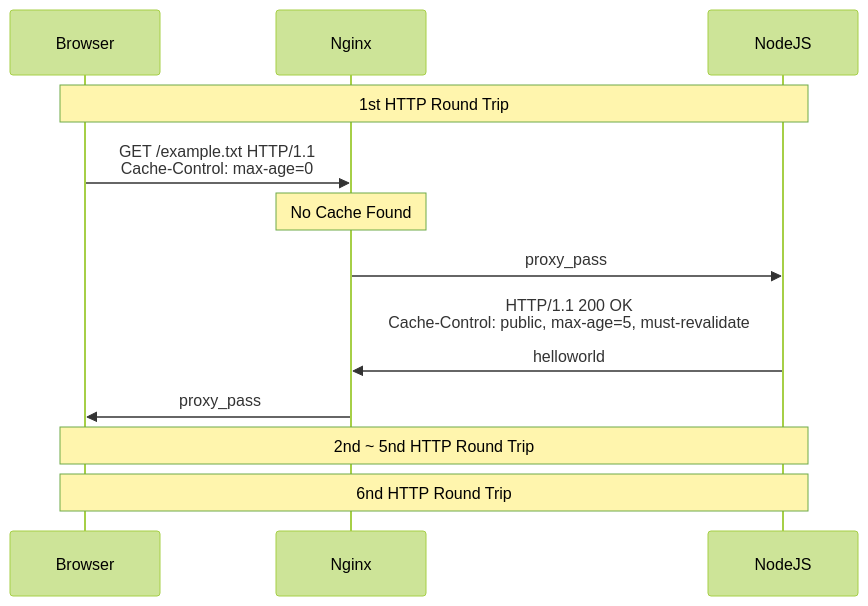
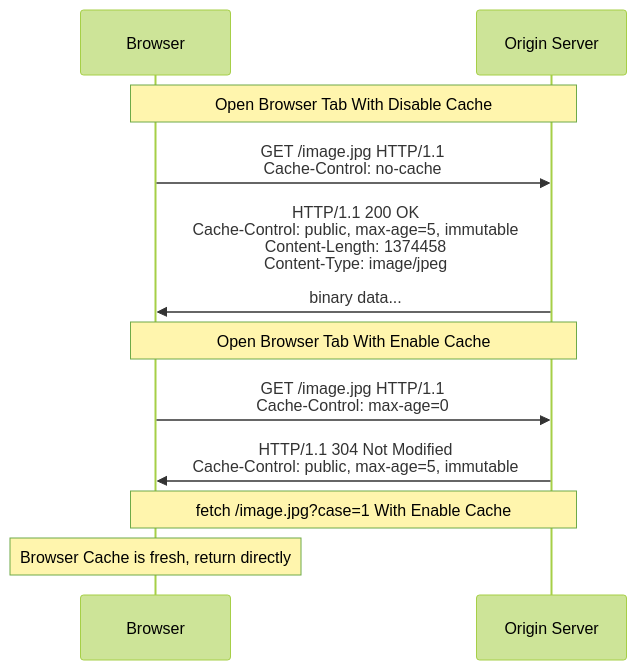
Before and after one commit to samuel871211/yusheng-tech-blog: the first of 2 diagrams in docs/http/http-caching-2.md, drawn with Mermaid (forest theme). The commit also changed other lines of this file and 5 other files, not shown here.

````diff
--- a/docs/http/http-caching-2.md
+++ b/docs/http/http-caching-2.md
@@ -78,19 +70,19 @@
 ```mermaid
 sequenceDiagram
   participant Browser
-  participant Nginx
-  participant NodeJS
+  participant Origin Server
 
-  Note over Browser, NodeJS: 1st HTTP Round Trip
+  Note Over Browser, Origin Server: Open Browser Tab With Disable Cache
 
-  Browser ->> Nginx: GET /example.txt HTTP/1.1<br/>Cache-Control: max-age=0
-  Note over Nginx: No Cache Found
-  Nginx ->> NodeJS: proxy_pass
-  NodeJS ->> Nginx: HTTP/1.1 200 OK<br/>Cache-Control: public, max-age=5, must-revalidate<br/><br/>helloworld
-  Nginx ->> Browser: proxy_pass
+  Browser ->> Origin Server: GET /image.jpg HTTP/1.1<br/>Cache-Control: no-cache
+  Origin Server ->> Browser: HTTP/1.1 200 OK<br/>Cache-Control: public, max-age=5, immutable<br/>Content-Length: 1374458<br/>Content-Type: image/jpeg<br/><br/>binary data...
 
-  Note over Browser, NodeJS: 2nd ~ 5nd HTTP Round Trip
+  Note Over Browser, Origin Server: Open Browser Tab With Enable Cache
 
-  Note over Browser, NodeJS: 6nd HTTP Round Trip
+  Browser ->> Origin Server: GET /image.jpg HTTP/1.1<br/>Cache-Control: max-age=0
+  Origin Server ->> Browser: HTTP/1.1 304 Not Modified<br/>Cache-Control: public, max-age=5, immutable
 
+  Note Over Browser, Origin Server: fetch /image.jpg?case=1 With Enable Cache
+
+  Note Over Browser: Browser Cache is fresh, return directly
 ```
````
